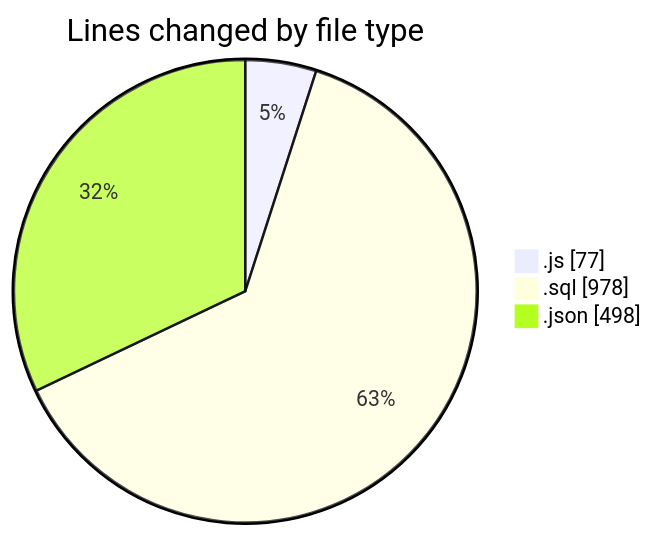
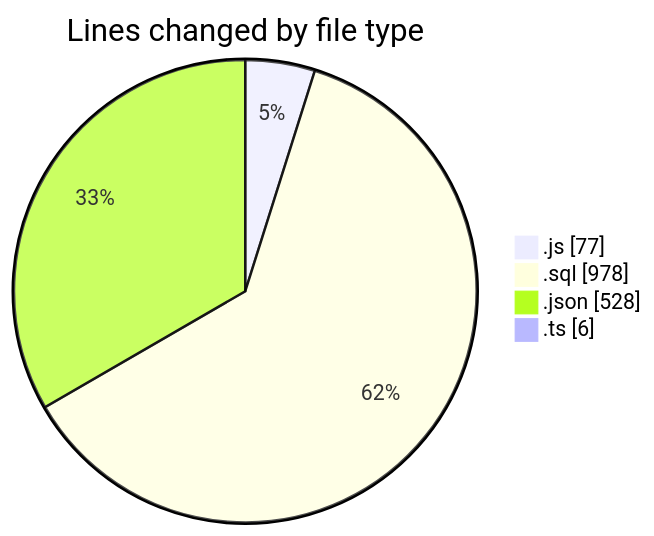
The first of 2 diagrams in 2026-05-20/cda/README.md (momahboobian/code-tracking), drawn with Mermaid before and after one commit. The commit also changed other lines of this file and 1 other file, not shown here.

````diff
--- a/2026-05-20/cda/README.md
+++ b/2026-05-20/cda/README.md
@@ -25,7 +27,8 @@
 ```mermaid
 pie showData
 title Lines changed by file type
 ".js" : 77
 ".sql" : 978
-".json" : 498
+".json" : 528
+".ts" : 6
 ```
````
